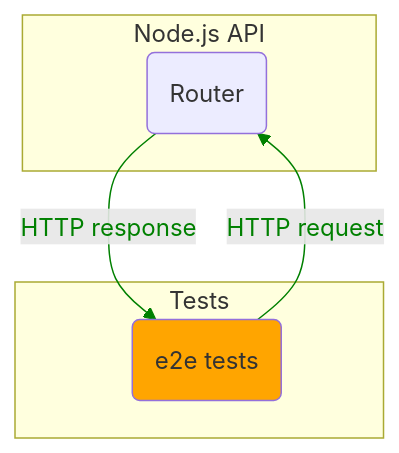
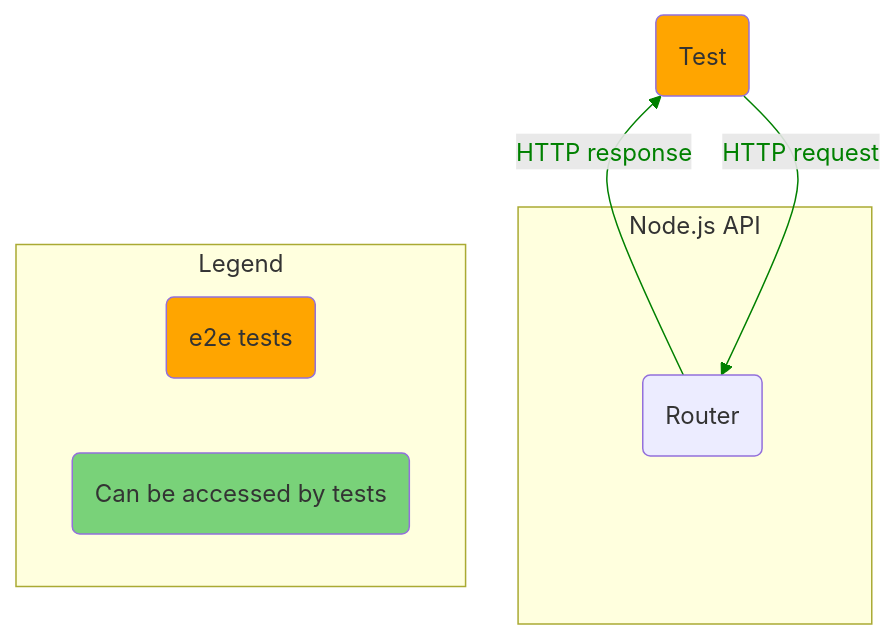
One commit to aleksandr-kiliushin/learning changed the second of 3 diagrams in summaries/testing-javascript-applications.md. Above: the diagram before and after it, drawn with Mermaid. The commit also changed other lines of this file, not shown here.

````diff
--- a/summaries/testing-javascript-applications.md
+++ b/summaries/testing-javascript-applications.md
@@ -69,19 +75,24 @@
 ```mermaid
-  flowchart TB
+  flowchart BT
     router(Router)
-    e2e-tests(e2e tests):::orange
+    e2e-tests(Test):::orange
 
     subgraph Node.js API
       router
     end
 
-    subgraph Tests
-      e2e-tests
+    e2e-tests
+
+    subgraph Legend
+      direction LR
+      legend-e2e-tests(e2e tests):::orange
+      legend-can-be-accessed-by-tests(Can be accessed by tests):::green
     end
 
     e2e-tests--HTTP request-->router
     router--HTTP response-->e2e-tests
 
     classDef orange fill:orange;
+    classDef green fill:#79d279;
     linkStyle 0,1 stroke:green,color:green;
 ```
````
